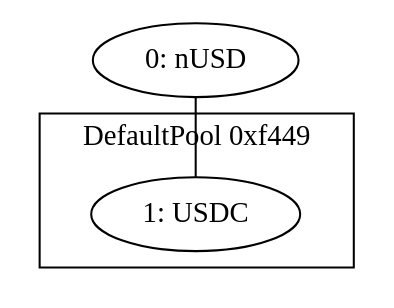
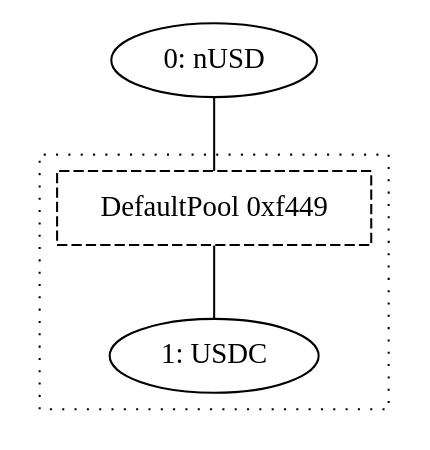
One commit to synapsecns/synapse-contracts changed the diagram in script/configs/optimism/LinkedPool.nUSD.dot. Above: the diagram before and after it, drawn with Graphviz. The commit also changed 4 other files, not shown here.

```diff
--- a/script/configs/optimism/LinkedPool.nUSD.dot
+++ b/script/configs/optimism/LinkedPool.nUSD.dot
@@ -1,13 +1,15 @@
 graph G {
     token0 [label = "0: nUSD";];
     token1 [label = "1: USDC";];
-    token0 -- token1;
+    pool0 [label = "DefaultPool 0xf449";shape = rect;style = dashed;];
+    token0 -- pool0;
     subgraph cluster0 {
-        label = "DefaultPool 0xf449";
+        style = dotted;
+        pool0 -- token1;
         subgraph {
             rank = same;
             edge [style = invis;];
             token1;
         }
     }
 }
```
